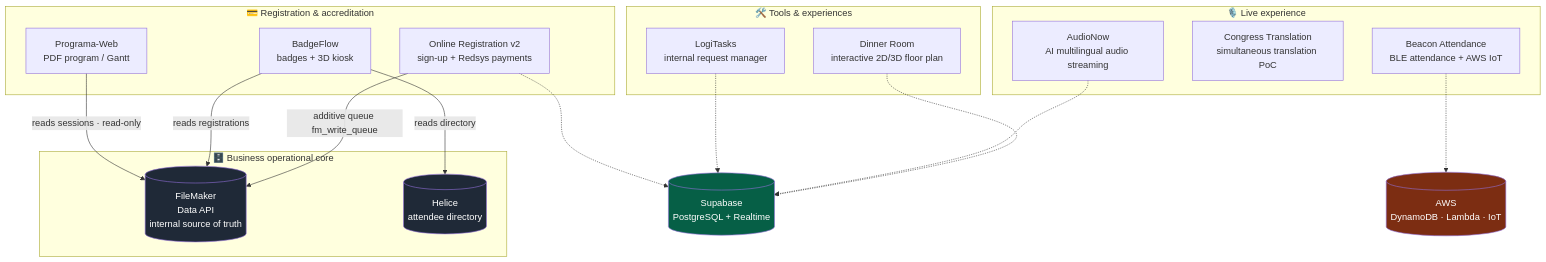
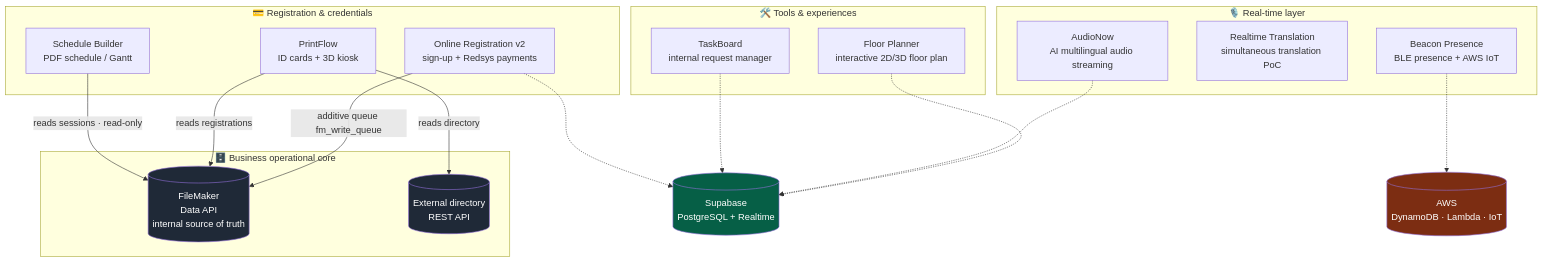
Before and after one commit to aleglope/production-systems-case-studies: the diagram in README.md, drawn with Mermaid. The commit also changed other lines of this file and 27 other files, not shown here.

````diff
--- a/README.md
+++ b/README.md
@@ -36,39 +36,39 @@
 ```mermaid
 flowchart TB
     subgraph CORE["🗄️ Business operational core"]
         FM[("FileMaker<br/>Data API<br/>internal source of truth")]
-        HEL[("Helice<br/>attendee directory")]
+        HEL[("External directory<br/>REST API")]
     end
 
-    subgraph REG["💳 Registration & accreditation"]
+    subgraph REG["💳 Registration & credentials"]
         IO["Online Registration v2<br/>sign-up + Redsys payments"]
-        BF["BadgeFlow<br/>badges + 3D kiosk"]
-        PW["Programa-Web<br/>PDF program / Gantt"]
+        BF["PrintFlow<br/>ID cards + 3D kiosk"]
+        PW["Schedule Builder<br/>PDF schedule / Gantt"]
     end
 
-    subgraph LIVE["🎙️ Live experience"]
+    subgraph LIVE["🎙️ Real-time layer"]
         AN["AudioNow<br/>AI multilingual audio streaming"]
-        CT["Congress Translation<br/>simultaneous translation PoC"]
-        BA["Beacon Attendance<br/>BLE attendance + AWS IoT"]
+        CT["Realtime Translation<br/>simultaneous translation PoC"]
+        BA["Beacon Presence<br/>BLE presence + AWS IoT"]
     end
 
     subgraph INTERNAL["🛠️ Tools & experiences"]
-        SC["Dinner Room<br/>interactive 2D/3D floor plan"]
-        LT["LogiTasks<br/>internal request manager"]
+        SC["Floor Planner<br/>interactive 2D/3D floor plan"]
+        LT["TaskBoard<br/>internal request manager"]
     end
 
     IO -- "additive queue fm_write_queue" --> FM
     BF -- "reads registrations" --> FM
     BF -- "reads directory" --> HEL
     PW -- "reads sessions · read-only" --> FM
     SC -.-> SUPA[("Supabase<br/>PostgreSQL + Realtime")]
     AN -.-> SUPA
     LT -.-> SUPA
     IO -.-> SUPA
     BA -.-> AWS[("AWS<br/>DynamoDB · Lambda · IoT")]
 
     style FM fill:#1f2937,color:#fff
     style HEL fill:#1f2937,color:#fff
     style SUPA fill:#065f46,color:#fff
     style AWS fill:#7c2d12,color:#fff
 ```
````
